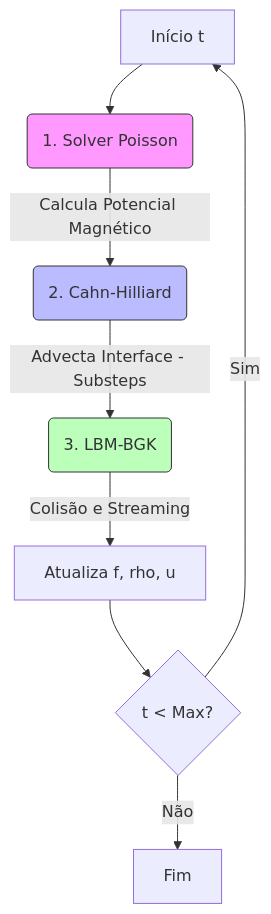
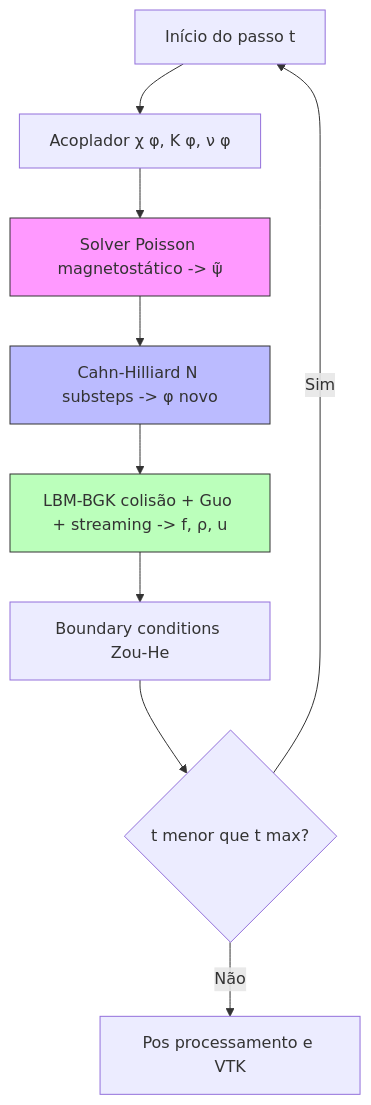
The diagram in README.md (BorgesMath/LatticeBoltzman), drawn with Mermaid before and after one commit. The commit also changed other lines of this file and 7 other files, not shown here.

````diff
--- a/README.md
+++ b/README.md
@@ -11,14 +20,15 @@
 ```mermaid
 graph TD
-    A[Início t] --> B(1. Solver Poisson)
-    B -->|Calcula Potencial Magnético| C(2. Cahn-Hilliard)
-    C -->|Advecta Interface - Substeps| D(3. LBM-BGK)
-    D -->|Colisão e Streaming| E[Atualiza f, rho, u]
-    E --> F{t < Max?}
-    F -- Sim --> A
-    F -- Não --> G[Fim]
-    
-    style B fill:#f9f,stroke:#333
-    style C fill:#bbf,stroke:#333
-    style D fill:#bfb,stroke:#333
- ```   
+    A[Início do passo t] --> B[Acoplador χ φ, K φ, ν φ]
+    B --> C[Solver Poisson magnetostático -> ψ̃]
+    C --> D[Cahn-Hilliard N substeps -> φ novo]
+    D --> E[LBM-BGK colisão + Guo + streaming -> f, ρ, u]
+    E --> F[Boundary conditions Zou-He]
+    F --> G{t menor que t max?}
+    G -- Sim --> A
+    G -- Não --> H[Pos processamento e VTK]
+
+    style C fill:#f9f,stroke:#333
+    style D fill:#bbf,stroke:#333
+    style E fill:#bfb,stroke:#333
+```
````
